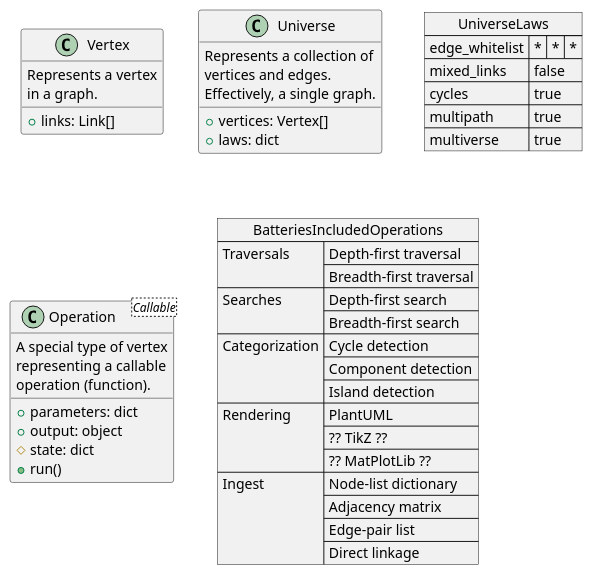
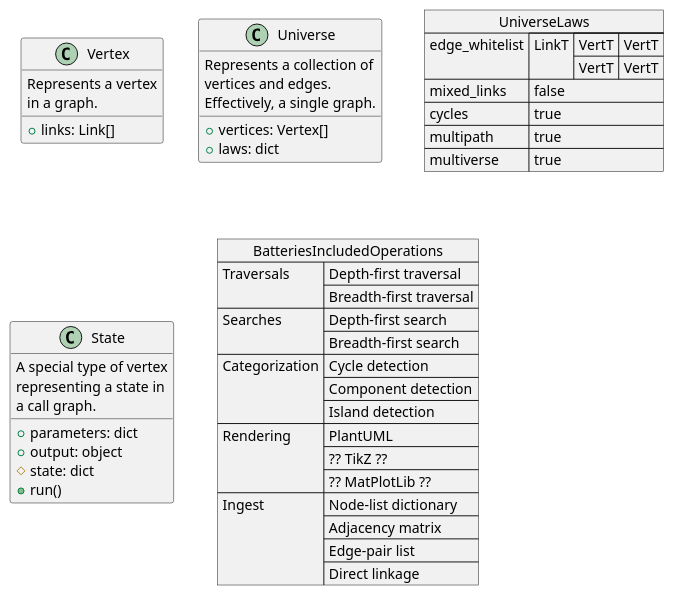
One commit to mishaturnbull/edgegraph changed the diagram in docs/img/vertices.iuml. Above: the diagram before and after it, drawn with PlantUML. The commit also changed 4 other files, not shown here.

Commit message:
Updates to planned class diagram

```diff
--- a/docs/img/vertices.iuml
+++ b/docs/img/vertices.iuml
@@ -1,69 +1,70 @@
 @startuml
 
 class Vertex {
     Represents a vertex
     in a graph.
     __
     {field} +links: Link[]
 }
 
 class Universe {
     Represents a collection of 
     vertices and edges.
     Effectively, a single graph.
     __
     {field} +vertices: Vertex[]
     {field} +laws: dict
 }
 
 json UniverseLaws {
     "edge_whitelist": {
-        "*": {
-            "*": "*"
+        "LinkT": {
+            "VertT": "VertT",
+            "VertT": "VertT"
         }
     },
     "mixed_links": false,
     "cycles": true,
     "multipath": true,
     "multiverse": true
 }
 
-class Operation<Callable> {
+class State {
     A special type of vertex
-    representing a callable
-    operation (function).
+    representing a state in
+    a call graph.
     __
     {field} +parameters: dict
     {field} +output: object
     {field} #state: dict
     {method} +run()
 }
 
 json BatteriesIncludedOperations {
     "Traversals": [
         "Depth-first traversal",
         "Breadth-first traversal"
     ],
     "Searches": [
         "Depth-first search",
         "Breadth-first search"
     ],
     "Categorization": [
         "Cycle detection",
         "Component detection",
         "Island detection"
     ],
     "Rendering": [
         "PlantUML",
         "?? TikZ ??",
         "?? MatPlotLib ??"
     ],
     "Ingest": [
         "Node-list dictionary",
         "Adjacency matrix",
         "Edge-pair list",
         "Direct linkage"
     ]
 }
 
 @enduml
```
